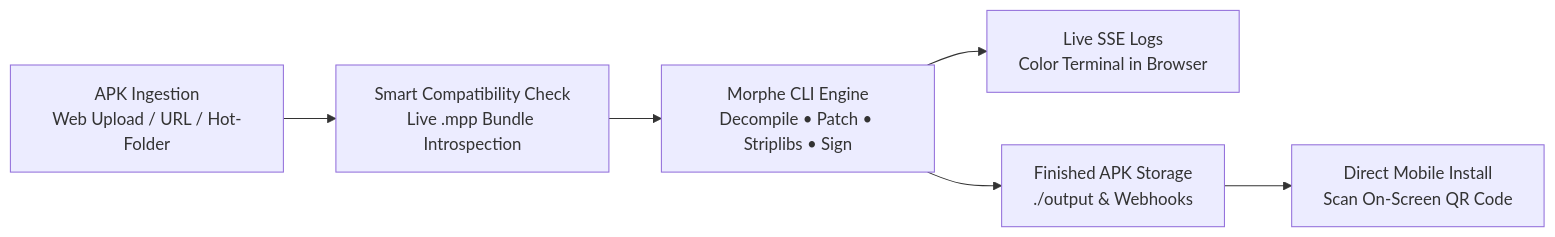
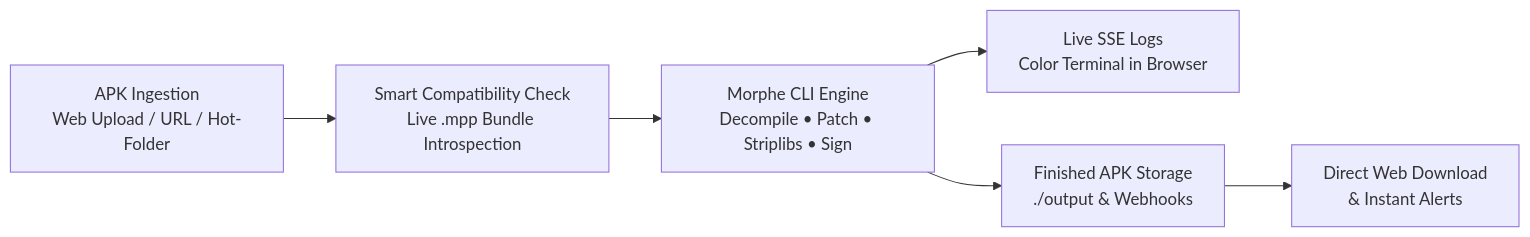
One commit to GROWNUPS/Morphe-Patcher-Web changed the diagram in README.md. Above: the diagram before and after it, drawn with Mermaid. The commit also changed other lines of this file and 4 other files, not shown here.

````diff
--- a/README.md
+++ b/README.md
@@ -63,8 +63,8 @@
 ```mermaid
 flowchart LR
     A[APK Ingestion<br/>Web Upload / URL / Hot-Folder] --> B[Smart Compatibility Check<br/>Live .mpp Bundle Introspection]
     B --> C[Morphe CLI Engine<br/>Decompile • Patch • Striplibs • Sign]
     C --> D[Live SSE Logs<br/>Color Terminal in Browser]
     C --> E[Finished APK Storage<br/>./output & Webhooks]
-    E --> F[Direct Mobile Install<br/>Scan On-Screen QR Code]
+    E --> F[Direct Web Download<br/>& Instant Alerts]
 ```
````
